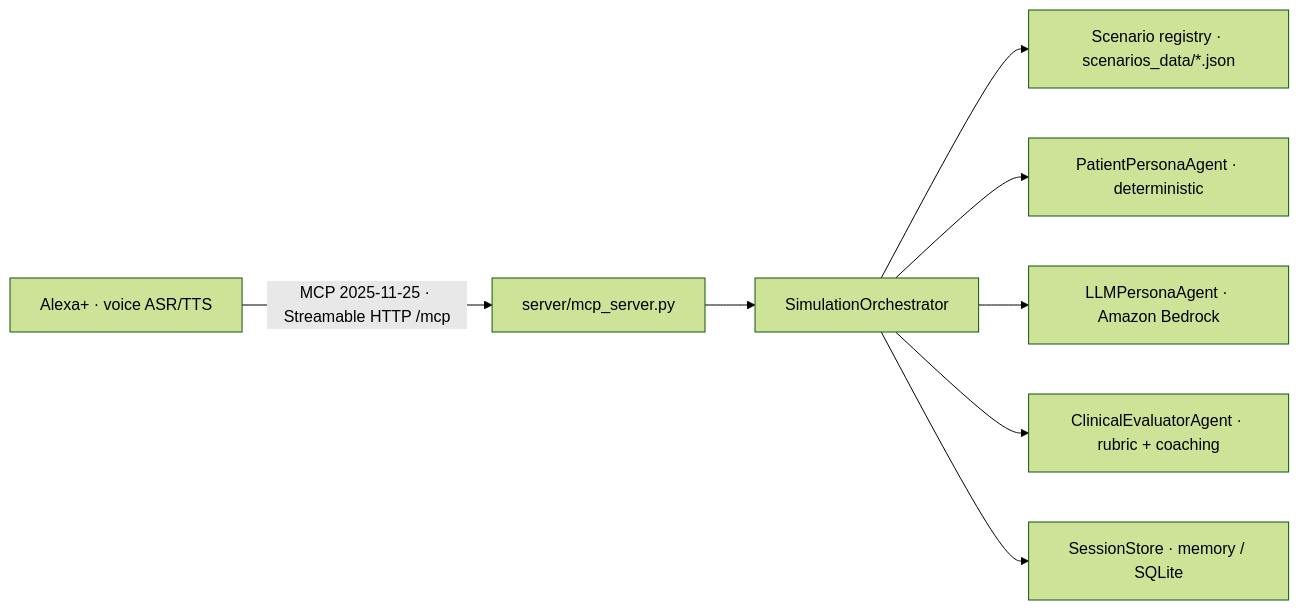
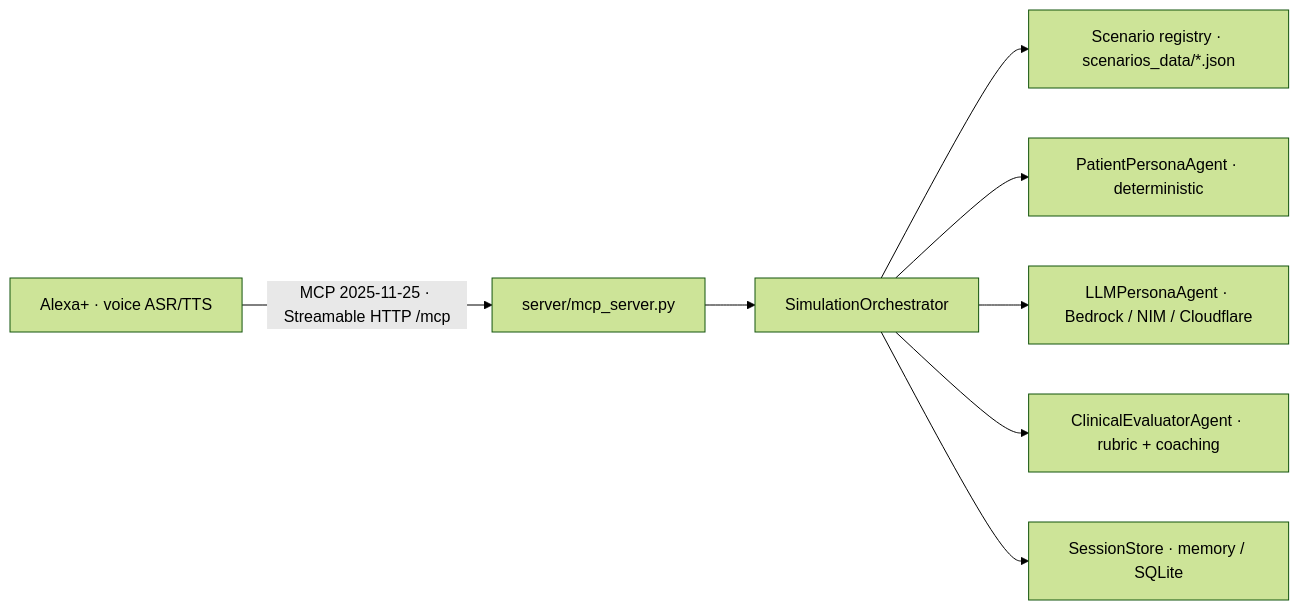
The diagram in README.md (daggerstuff/alexa-submit), drawn with Mermaid (forest theme) before and after one commit. The commit also changed other lines of this file and 14 other files, not shown here.

First line of the commit message:
Add NVIDIA NIM and Cloudflare Workers AI as OpenAI-compatible fallbacks

````diff
--- a/README.md
+++ b/README.md
@@ -25,10 +25,10 @@
 ```mermaid
 flowchart LR
     A["Alexa+ · voice ASR/TTS"] -->|"MCP 2025-11-25 · Streamable HTTP /mcp"| M["server/mcp_server.py"]
     M --> O["SimulationOrchestrator"]
     O --> S["Scenario registry · scenarios_data/*.json"]
     O --> P["PatientPersonaAgent · deterministic"]
-    O --> L["LLMPersonaAgent · Amazon Bedrock"]
+    O --> L["LLMPersonaAgent · Bedrock / NIM / Cloudflare"]
     O --> E["ClinicalEvaluatorAgent · rubric + coaching"]
     O --> D["SessionStore · memory / SQLite"]
 ```
````
